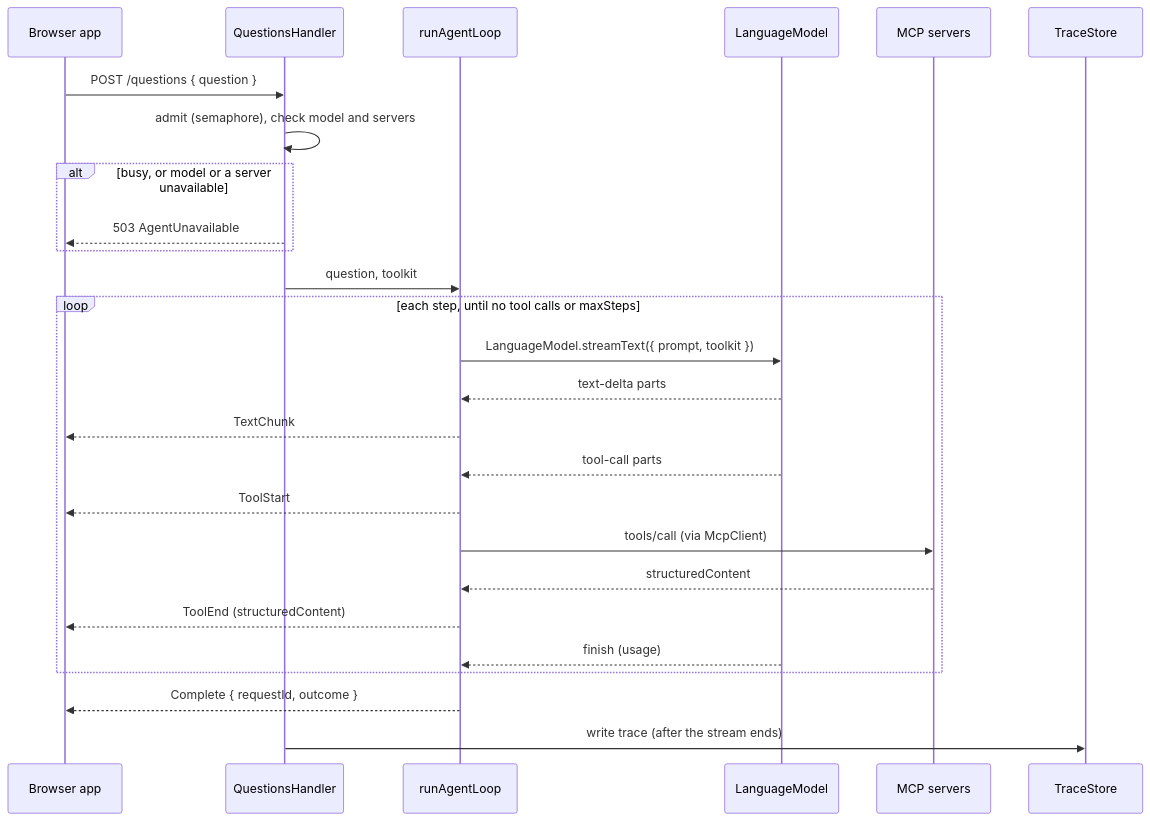
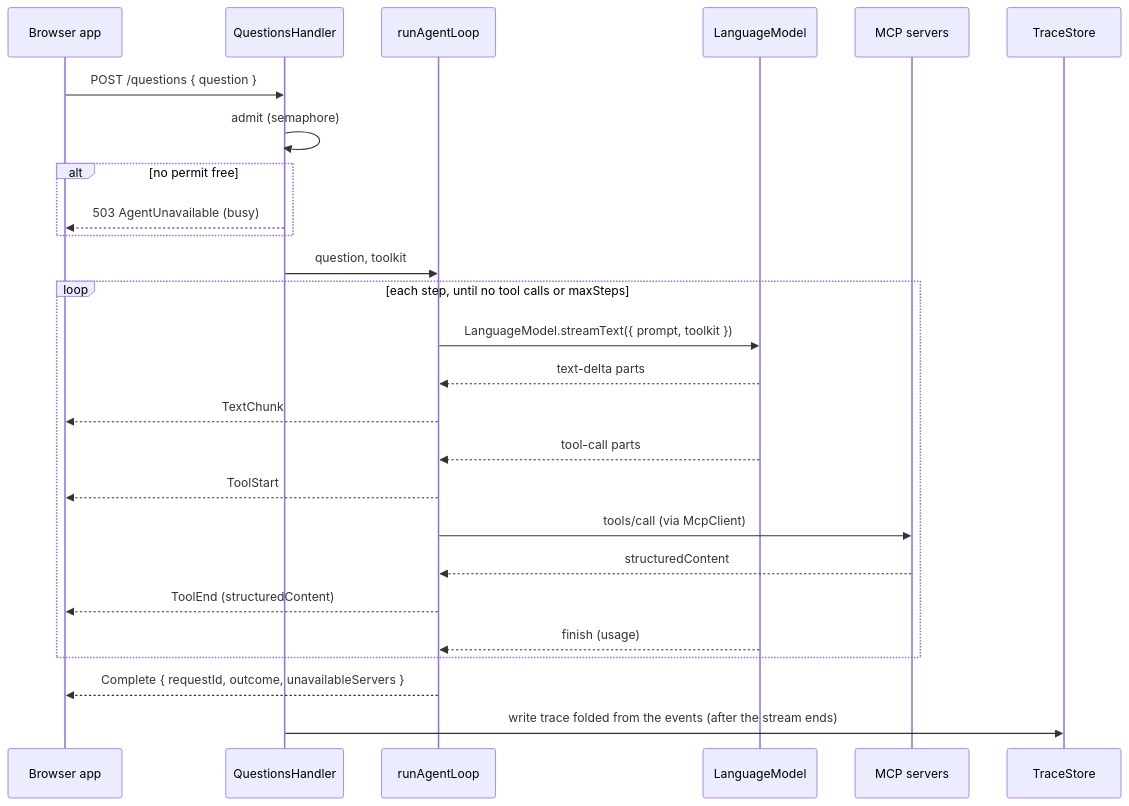
The diagram in docs/plans/agent-loop.md (mollyegibson/policy-huis), drawn with Mermaid before and after one commit. The commit also changed other lines of this file and 6 other files, not shown here.

````diff
--- a/docs/plans/agent-loop.md
+++ b/docs/plans/agent-loop.md
@@ -78,29 +94,29 @@
 ```mermaid
 sequenceDiagram
     participant B as Browser app
     participant H as QuestionsHandler
     participant L as runAgentLoop
     participant M as LanguageModel
     participant S as MCP servers
     participant T as TraceStore
 
     B->>H: POST /questions { question }
-    H->>H: admit (semaphore), check model and servers
-    alt busy, or model or a server unavailable
-        H-->>B: 503 AgentUnavailable
+    H->>H: admit (semaphore)
+    alt no permit free
+        H-->>B: 503 AgentUnavailable (busy)
     end
     H->>L: question, toolkit
     loop each step, until no tool calls or maxSteps
         L->>M: LanguageModel.streamText({ prompt, toolkit })
         M-->>L: text-delta parts
         L-->>B: TextChunk
         M-->>L: tool-call parts
         L-->>B: ToolStart
         L->>S: tools/call (via McpClient)
         S-->>L: structuredContent
         L-->>B: ToolEnd (structuredContent)
         M-->>L: finish (usage)
     end
-    L-->>B: Complete { requestId, outcome }
-    H->>T: write trace (after the stream ends)
+    L-->>B: Complete { requestId, outcome, unavailableServers }
+    H->>T: write trace folded from the events (after the stream ends)
 ```
````
